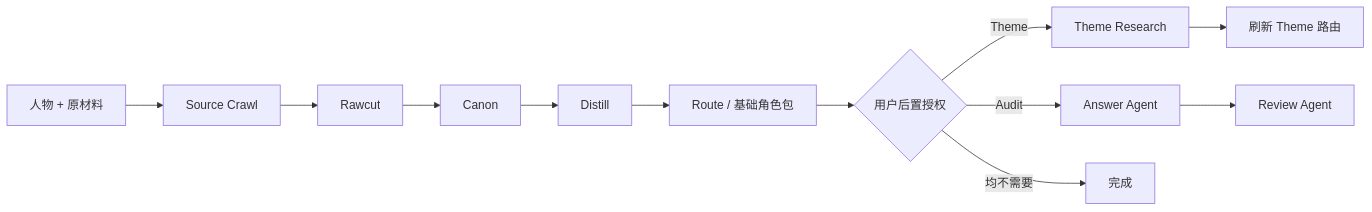
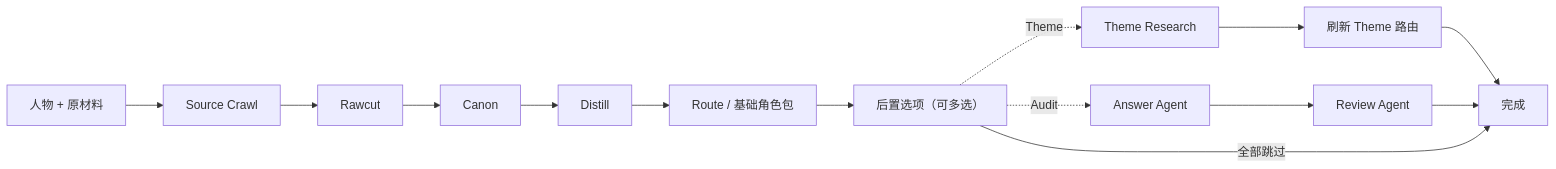
The diagram in README.md (onism11/charactor_distill_master), drawn with Mermaid before and after one commit. The commit also changed other lines of this file and 3 other files, not shown here.

Commit message:
docs: clarify S-tuned public flow

````diff
--- a/README.md
+++ b/README.md
@@ -65,14 +65,16 @@
 ```mermaid
 flowchart LR
     I["人物 + 原材料"] --> S["Source Crawl"]
     S --> R["Rawcut"]
     R --> C["Canon"]
     C --> D["Distill"]
     D --> P["Route / 基础角色包"]
-    P --> Q{"用户后置授权"}
-    Q -->|Theme| T["Theme Research"]
+    P --> Q["后置选项（可多选）"]
+    Q -.->|Theme| T["Theme Research"]
     T --> U["刷新 Theme 路由"]
-    Q -->|Audit| F["Answer Agent"]
+    U --> E["完成"]
+    Q -.->|Audit| F["Answer Agent"]
     F --> G["Review Agent"]
-    Q -->|均不需要| E["完成"]
+    G --> E
+    Q -->|全部跳过| E
 ```
````
